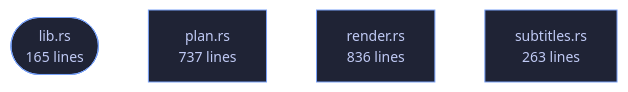
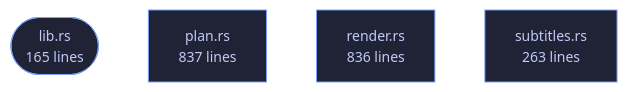
The diagram in wiki/Crate-veilvoice-conversation.md (tilas01/veilvoice), drawn with Mermaid before and after one commit. The commit also changed other lines of this file and 44 other files, not shown here.

````diff
--- a/wiki/Crate-veilvoice-conversation.md
+++ b/wiki/Crate-veilvoice-conversation.md
@@ -77,12 +77,12 @@
 ```mermaid
 %%{init: {"theme":"base","themeVariables":{"background":"#1a1b26","primaryColor":"#1f2335","primaryTextColor":"#c0caf5","primaryBorderColor":"#7aa2f7","secondaryColor":"#16161e","tertiaryColor":"#16161e","lineColor":"#737aa2","textColor":"#c0caf5","mainBkg":"#1f2335","nodeBorder":"#7aa2f7","clusterBkg":"#16161e","clusterBorder":"#2f3549","fontFamily":"ui-monospace, SFMono-Regular, Consolas, monospace","fontSize":"14px"}}}%%
 flowchart TD
     n_lib(["lib.rs<br/>165 lines"])
-    n_plan["plan.rs<br/>737 lines"]
+    n_plan["plan.rs<br/>837 lines"]
     n_render["render.rs<br/>836 lines"]
     n_subtitles["subtitles.rs<br/>263 lines"]
     click n_lib href "https://github.com/tilas01/veilvoice/blob/main/crates/veilvoice-conversation/src/lib.rs" "open the source"
     click n_plan href "https://github.com/tilas01/veilvoice/blob/main/crates/veilvoice-conversation/src/plan.rs" "open the source"
     click n_render href "https://github.com/tilas01/veilvoice/blob/main/crates/veilvoice-conversation/src/render.rs" "open the source"
     click n_subtitles href "https://github.com/tilas01/veilvoice/blob/main/crates/veilvoice-conversation/src/subtitles.rs" "open the source"
 ```
````
